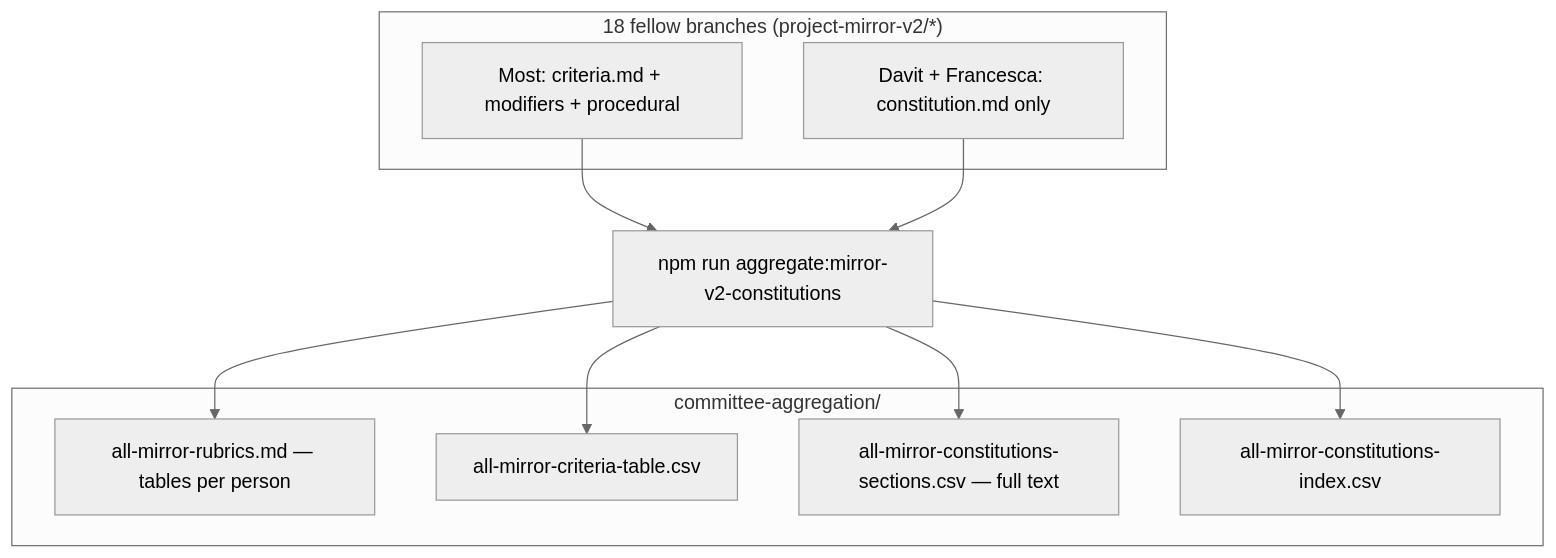
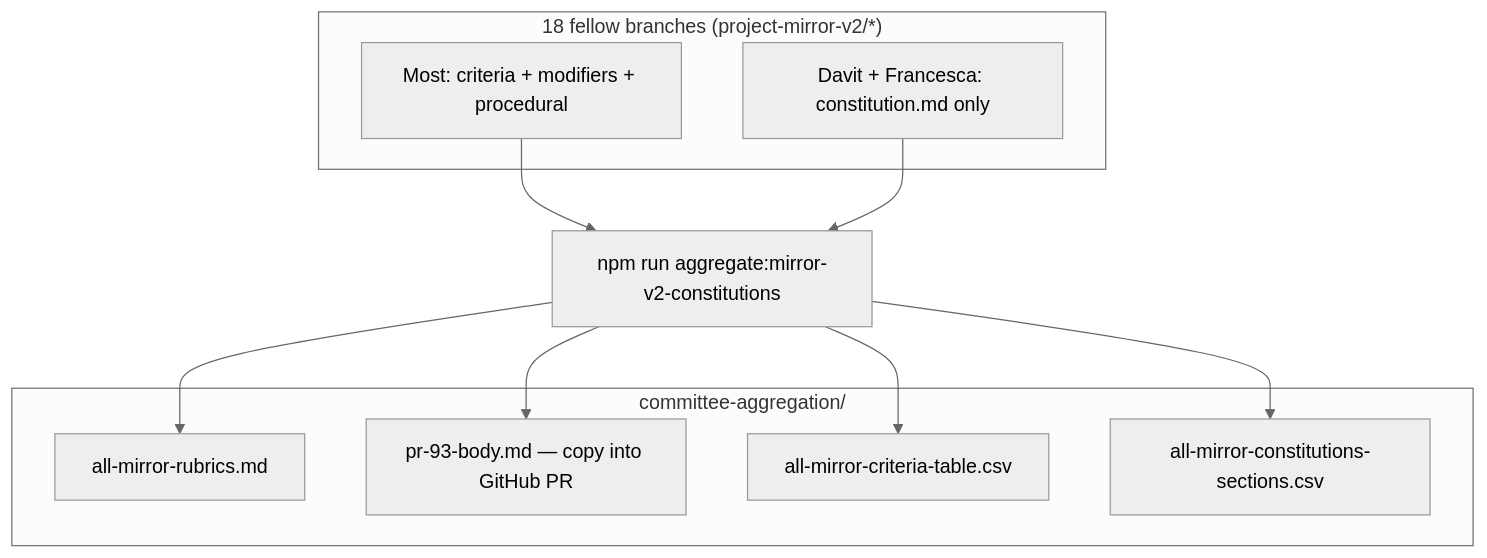
Before and after one commit to nwspk/politech-awards-2026: the diagram in iterations/project-mirror-v2/committee-aggregation/pr-93-body.md, drawn with Mermaid (neutral theme). The commit also changed other lines of this file and 2 other files, not shown here.

First line of the commit message:
Improve mirror v2 aggregation parsers; regenerate rubrics and PR body

````diff
--- a/iterations/project-mirror-v2/committee-aggregation/pr-93-body.md
+++ b/iterations/project-mirror-v2/committee-aggregation/pr-93-body.md
@@ -11,20 +11,20 @@
 ```mermaid
 flowchart TB
   subgraph sources["18 fellow branches (project-mirror-v2/*)"]
-    split["Most: criteria.md + modifiers + procedural"]
+    split["Most: criteria + modifiers + procedural"]
     single["Davit + Francesca: constitution.md only"]
   end
   run["npm run aggregate:mirror-v2-constitutions"]
   subgraph out["committee-aggregation/"]
-    md["all-mirror-rubrics.md — tables per person"]
+    md["all-mirror-rubrics.md"]
+    prb["pr-93-body.md — copy into GitHub PR"]
     crit["all-mirror-criteria-table.csv"]
-    sec["all-mirror-constitutions-sections.csv — full text"]
-    idx["all-mirror-constitutions-index.csv"]
+    sec["all-mirror-constitutions-sections.csv"]
   end
   split --> run
   single --> run
   run --> md
+  run --> prb
   run --> crit
   run --> sec
-  run --> idx
 ```
````
